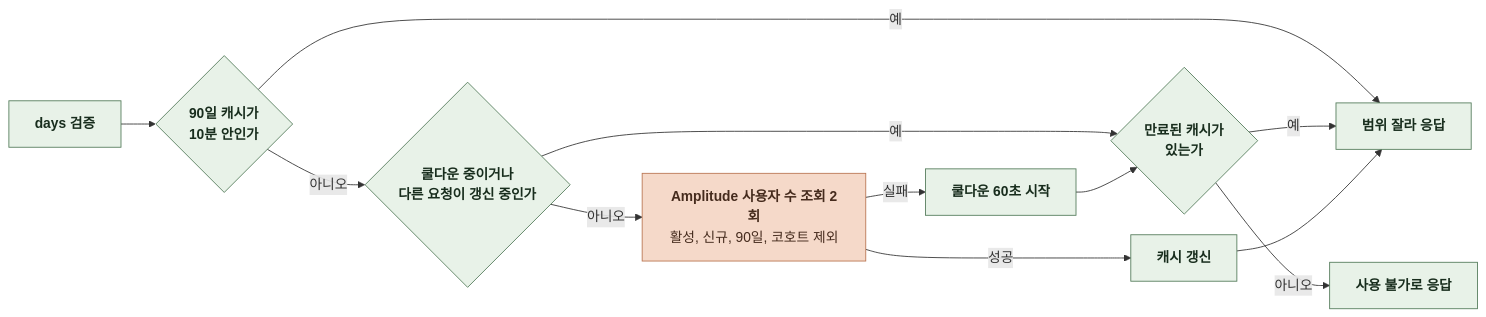
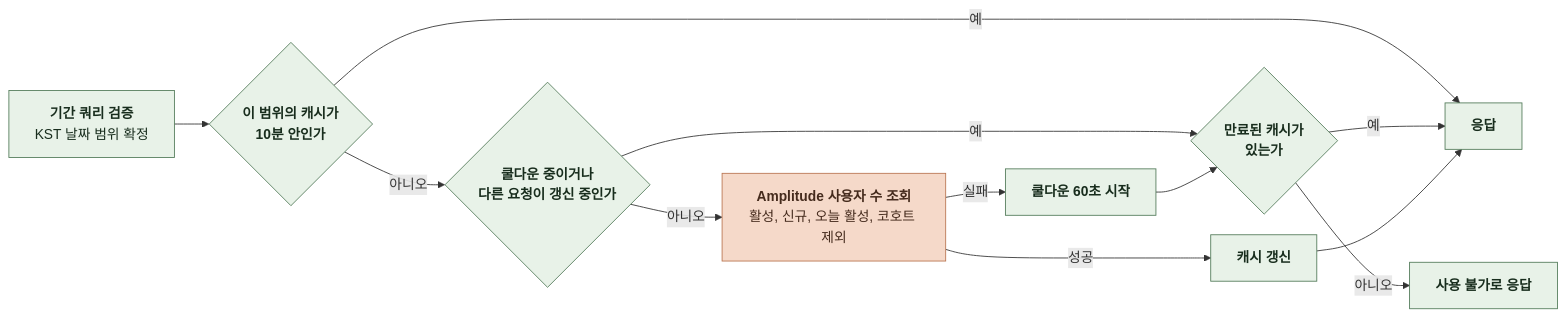
Before and after one commit to KIM-N-KANG/knk-harness: diagram 13 of 14 in docs/domain/ADMIN/BACKEND/4-1-PIPELINES.md, drawn with Mermaid. The commit also changed other lines of this file and 7 other files, not shown here.

````diff
--- a/docs/domain/ADMIN/BACKEND/4-1-PIPELINES.md
+++ b/docs/domain/ADMIN/BACKEND/4-1-PIPELINES.md
@@ -375,23 +375,24 @@
 ```mermaid
 %%{init: {"flowchart": {"curve": "basis", "nodeSpacing": 24, "rankSpacing": 40}}}%%
 flowchart LR
-    A["`**days 검증**`"] --> B{"`**90일 캐시가
+    A["`**기간 쿼리 검증**
+KST 날짜 범위 확정`"] --> B{"`**이 범위의 캐시가
 10분 안인가**`"}
-    B -->|예| E["`**범위 잘라 응답**`"]
+    B -->|예| E["`**응답**`"]
     B -->|아니오| F{"`**쿨다운 중이거나
 다른 요청이 갱신 중인가**`"}
     F -->|예| G{"`**만료된 캐시가
 있는가**`"}
     G -->|예| E
     G -->|아니오| X["`**사용 불가로 응답**`"]
-    F -->|아니오| C["`**Amplitude 사용자 수 조회 2회**
-활성, 신규, 90일, 코호트 제외`"]
+    F -->|아니오| C["`**Amplitude 사용자 수 조회**
+활성, 신규, 오늘 활성, 코호트 제외`"]
     C -->|성공| D["`**캐시 갱신**`"]
     D --> E
     C -->|실패| H["`**쿨다운 60초 시작**`"]
     H --> G
     classDef comp fill:#E8F2E8,stroke:#527A59,color:#182D1D
     classDef task fill:#F5D9C9,stroke:#B97450,color:#452B1D
     class A,B,D,E,F,G,H,X comp
     class C task
 ```
````
